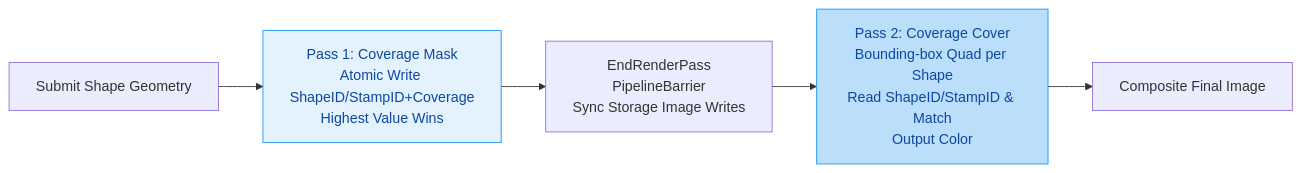
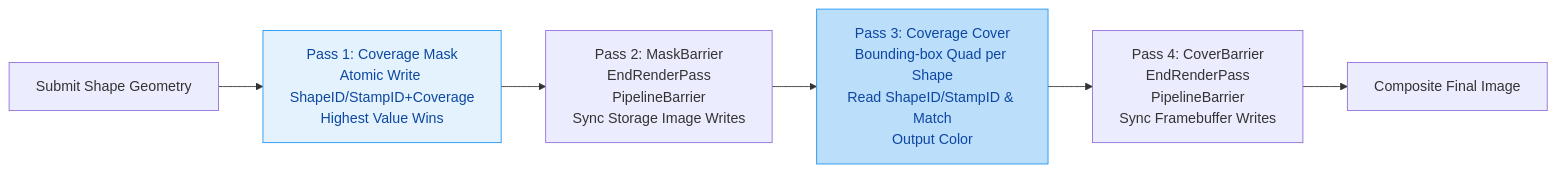
The diagram in docs/canvas_transparency_rendering.md (BeRo1985/pasvulkan), drawn with Mermaid before and after one commit. The commit also changed other lines of this file and 1 other file, not shown here.

Commit message:
More work

````diff
--- a/docs/canvas_transparency_rendering.md
+++ b/docs/canvas_transparency_rendering.md
@@ -29,10 +29,11 @@
 ```mermaid
 flowchart LR
     A[Submit Shape Geometry] --> B[Pass 1: Coverage Mask<br>Atomic Write ShapeID/StampID+Coverage<br>Highest Value Wins]
-    B --> C[EndRenderPass<br>PipelineBarrier<br>Sync Storage Image Writes]
-    C --> D[Pass 2: Coverage Cover<br>Bounding-box Quad per Shape<br>Read ShapeID/StampID & Match<br>Output Color]
-    D --> E[Composite Final Image]
+    B --> C[Pass 2: MaskBarrier<br>EndRenderPass<br>PipelineBarrier<br>Sync Storage Image Writes]
+    C --> D[Pass 3: Coverage Cover<br>Bounding-box Quad per Shape<br>Read ShapeID/StampID & Match<br>Output Color]
+    D --> E[Pass 4: CoverBarrier<br>EndRenderPass<br>PipelineBarrier<br>Sync Framebuffer Writes]
+    E --> F[Composite Final Image]
 
     style B fill:#e3f2fd,stroke:#2196f3,color:#0d47a1
     style D fill:#bbdefb,stroke:#2196f3,color:#0d47a1
 ```
````
